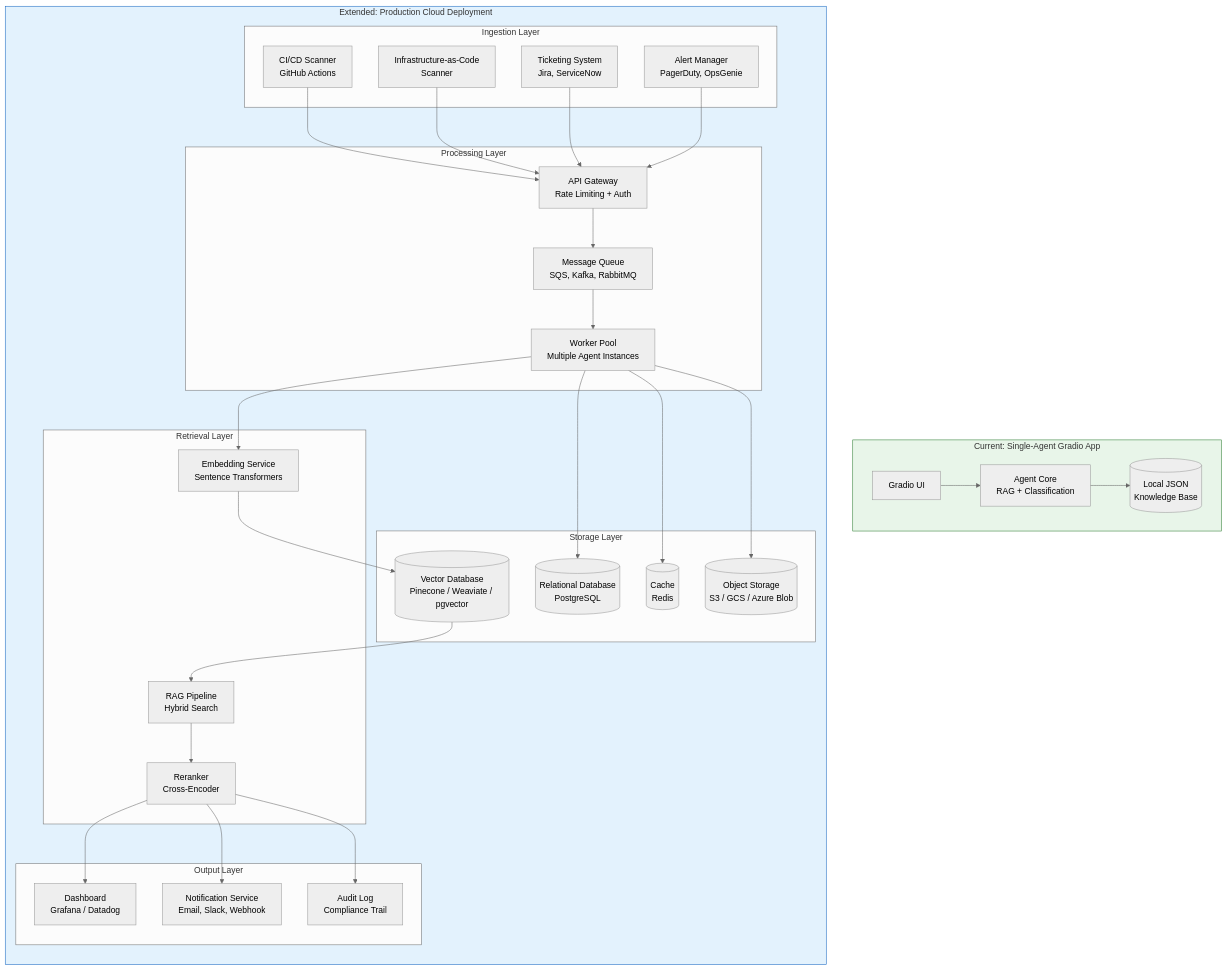
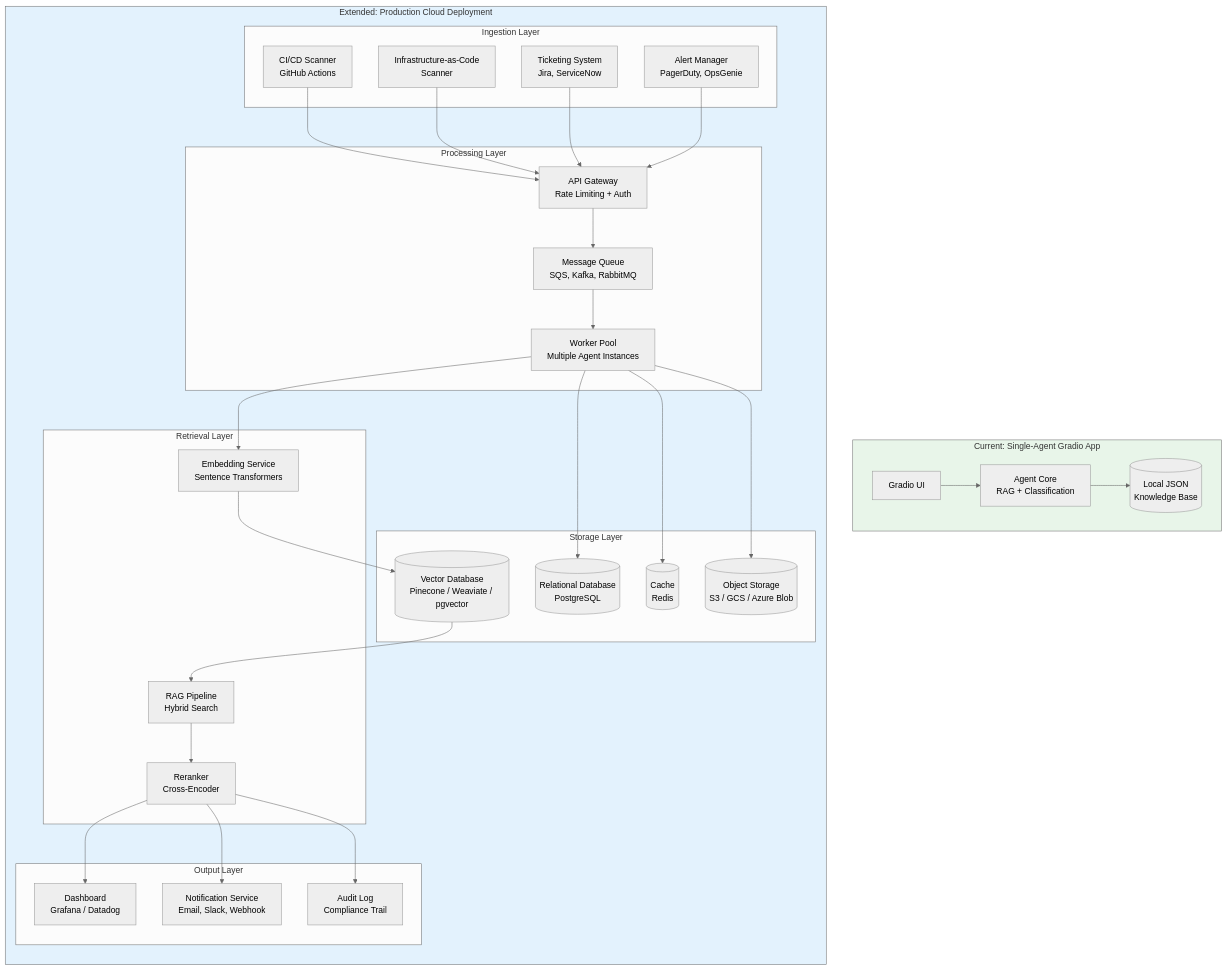
One commit to tukue/devsecops-platform-agent changed the fifth of 10 diagrams in README.md. Above: the diagram before and after it, drawn with Mermaid (neutral theme). The commit also changed other lines of this file, not shown here.

Commit message:
docs: remove stroke keywords from Mermaid diagrams

````diff
--- a/README.md
+++ b/README.md
@@ -318,69 +318,69 @@
 ```mermaid
 flowchart TB
     subgraph CURRENT["Current: Single-Agent Gradio App"]
         G["Gradio UI"]
         A["Agent Core\nRAG + Classification"]
         KB2[("Local JSON\nKnowledge Base")]
         G --> A --> KB2
     end
 
     subgraph EXTENDED["Extended: Production Cloud Deployment"]
         direction TB
 
         subgraph INGEST["Ingestion Layer"]
             CI["CI/CD Scanner\nGitHub Actions"]
             IAC["Infrastructure-as-Code\nScanner"]
             TICKET["Ticketing System\nJira, ServiceNow"]
             ALERT2["Alert Manager\nPagerDuty, OpsGenie"]
         end
 
         subgraph PROCESS["Processing Layer"]
             API["API Gateway\nRate Limiting + Auth"]
             QUEUE["Message Queue\nSQS, Kafka, RabbitMQ"]
             WORKER["Worker Pool\nMultiple Agent Instances"]
         end
 
         subgraph STORE["Storage Layer"]
             VDB[("Vector Database\nPinecone / Weaviate / pgvector")]
             RDB[("Relational Database\nPostgreSQL")]
             CACHE2[("Cache\nRedis")]
             OBJ[("Object Storage\nS3 / GCS / Azure Blob")]
         end
 
         subgraph RETRIEVE["Retrieval Layer"]
             EMBED["Embedding Service\nSentence Transformers"]
             RAG2["RAG Pipeline\nHybrid Search"]
             RERANK2["Reranker\nCross-Encoder"]
         end
 
         subgraph OUTPUT3["Output Layer"]
             DASH["Dashboard\nGrafana / Datadog"]
             NOTIFY["Notification Service\nEmail, Slack, Webhook"]
             AUDIT["Audit Log\nCompliance Trail"]
         end
     end
 
     CI --> API
     IAC --> API
     TICKET --> API
     ALERT2 --> API
 
     API --> QUEUE
     QUEUE --> WORKER
 
     WORKER --> EMBED
     EMBED --> VDB
     VDB --> RAG2
     RAG2 --> RERANK2
 
     WORKER --> RDB
     WORKER --> CACHE2
     WORKER --> OBJ
 
     RERANK2 --> DASH
     RERANK2 --> NOTIFY
     RERANK2 --> AUDIT
 
-    style CURRENT fill:#e8f5e9,stroke:#2e7d32
-    style EXTENDED fill:#e3f2fd,stroke:#1565c0
+    style CURRENT fill:#e8f5e9
+    style EXTENDED fill:#e3f2fd
 ```
````
